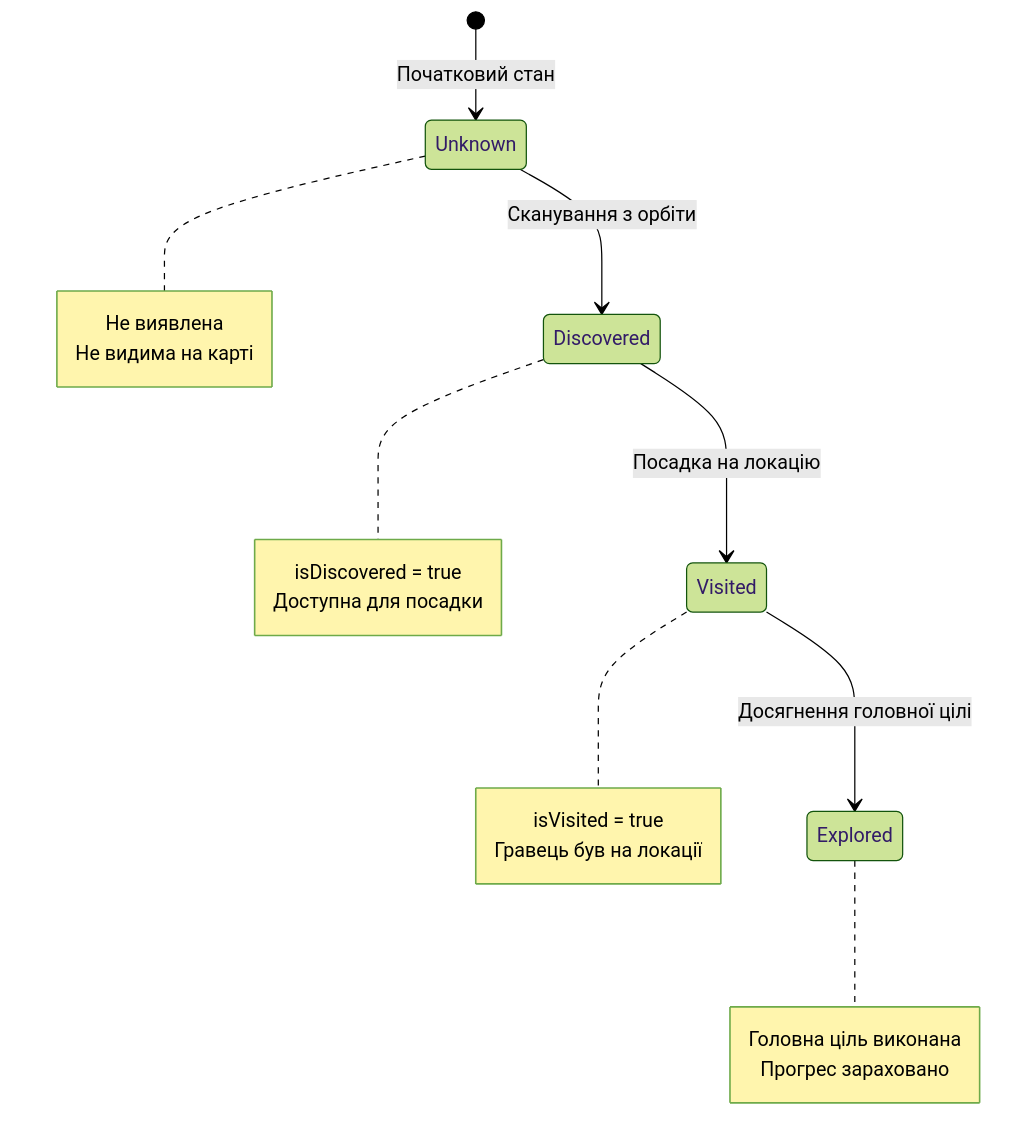
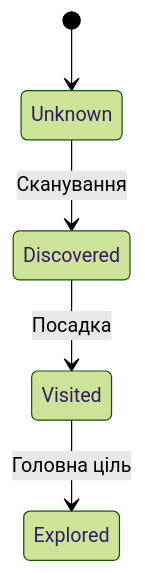
The seventh of 9 diagrams in Docs/GameDesign/GDD.md (nick-fedchik/CallOfRelics), drawn with Mermaid (forest theme) before and after one commit. The commit also changed other lines of this file and 13 other files, not shown here.

````diff
--- a/Docs/GameDesign/GDD.md
+++ b/Docs/GameDesign/GDD.md
@@ -873,28 +449,7 @@
 ```mermaid
 stateDiagram-v2
-    [*] --> Unknown: Початковий стан
-
-    Unknown --> Discovered: Сканування з орбіти
-    Discovered --> Visited: Посадка на локацію
-    Visited --> Explored: Досягнення головної цілі
-
-    note right of Unknown
-        Не виявлена
-        Не видима на карті
-    end note
-
-    note right of Discovered
-        isDiscovered = true
-        Доступна для посадки
-    end note
-
-    note right of Visited
-        isVisited = true
-        Гравець був на локації
-    end note
-
-    note right of Explored
-        Головна ціль виконана
-        Прогрес зараховано
-    end note
+    [*] --> Unknown
+    Unknown --> Discovered: Сканування
+    Discovered --> Visited: Посадка
+    Visited --> Explored: Головна ціль
 ```
````
